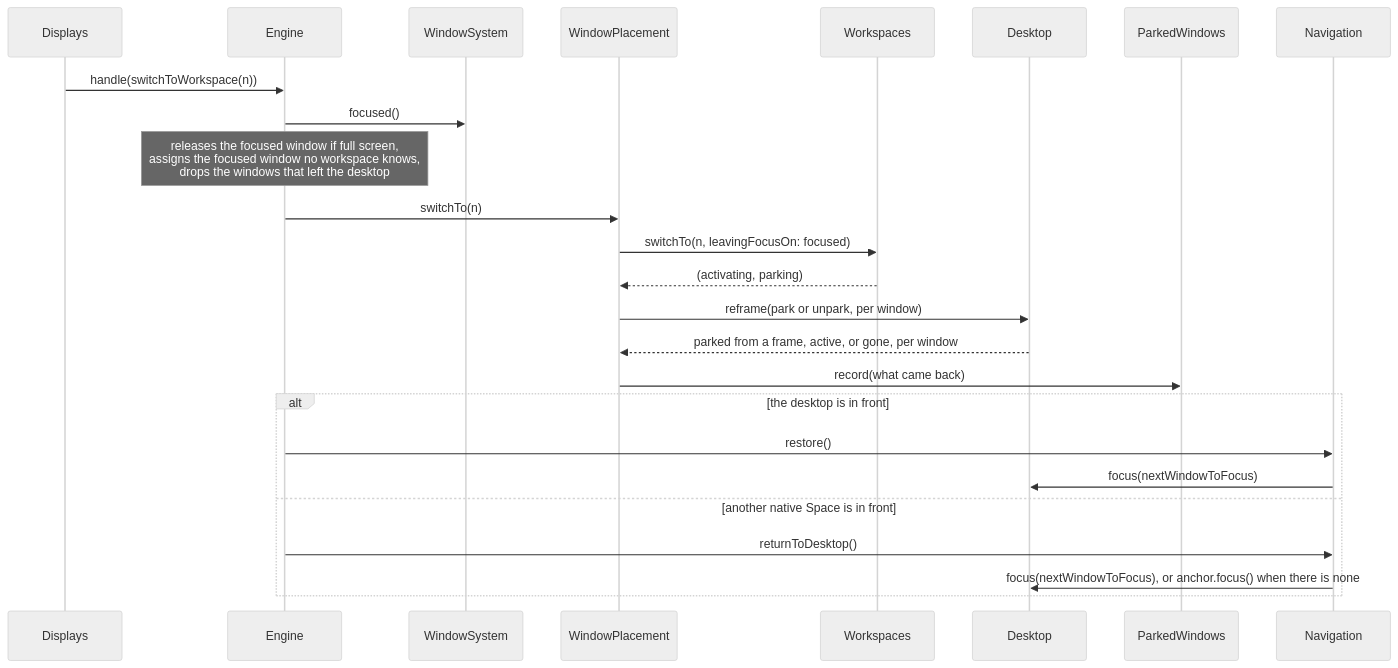
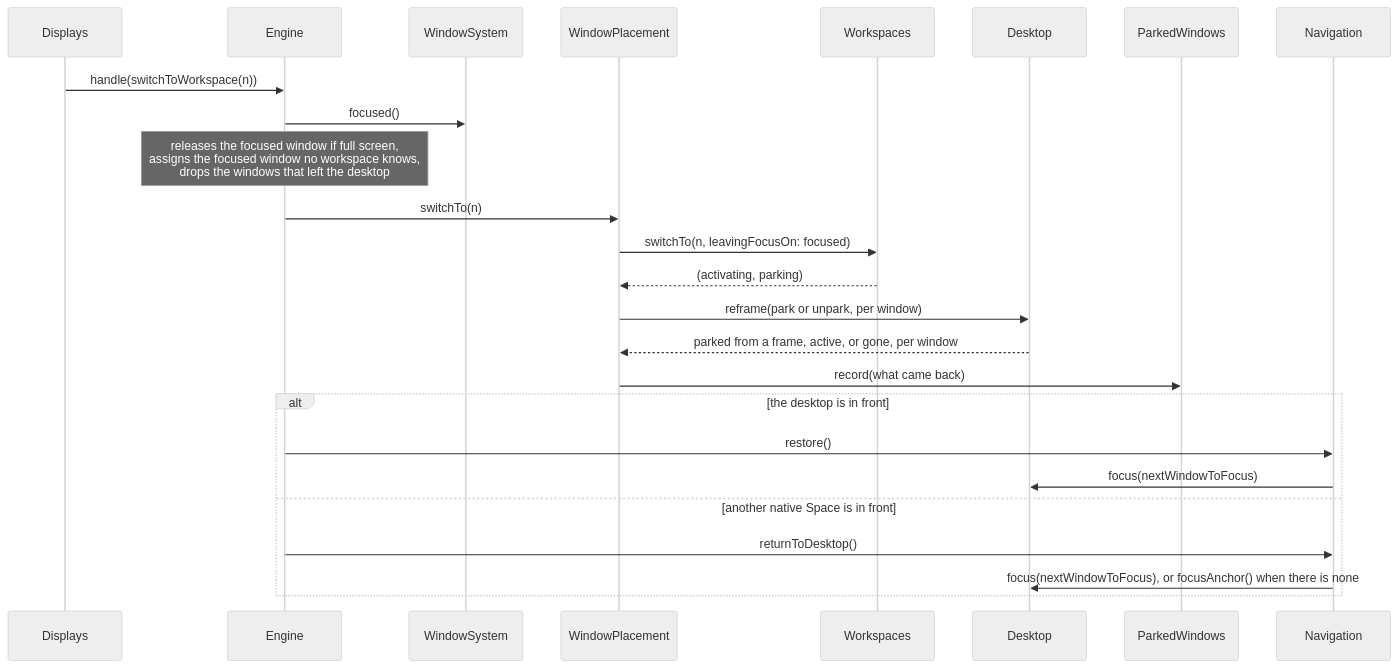
One commit to brennovich/ottowm changed diagram 12 of 26 in ARCHITECTURE.md. Above: the diagram before and after it, drawn with Mermaid (neutral theme). The commit also changed other lines of this file and 10 other files, not shown here.

First line of the commit message:
Pin the anchor through the Desktop

````diff
--- a/ARCHITECTURE.md
+++ b/ARCHITECTURE.md
@@ -328,19 +328,19 @@
 ```mermaid
 sequenceDiagram
     Displays->>Engine: handle(switchToWorkspace(n))
     Engine->>WindowSystem: focused()
     Note over Engine: releases the focused window if full screen,<br/>assigns the focused window no workspace knows,<br/>drops the windows that left the desktop
     Engine->>WindowPlacement: switchTo(n)
     WindowPlacement->>Workspaces: switchTo(n, leavingFocusOn: focused)
     Workspaces-->>WindowPlacement: (activating, parking)
     WindowPlacement->>Desktop: reframe(park or unpark, per window)
     Desktop-->>WindowPlacement: parked from a frame, active, or gone, per window
     WindowPlacement->>ParkedWindows: record(what came back)
     alt the desktop is in front
         Engine->>Navigation: restore()
         Navigation->>Desktop: focus(nextWindowToFocus)
     else another native Space is in front
         Engine->>Navigation: returnToDesktop()
-        Navigation->>Desktop: focus(nextWindowToFocus), or anchor.focus() when there is none
+        Navigation->>Desktop: focus(nextWindowToFocus), or focusAnchor() when there is none
     end
 ```
````
